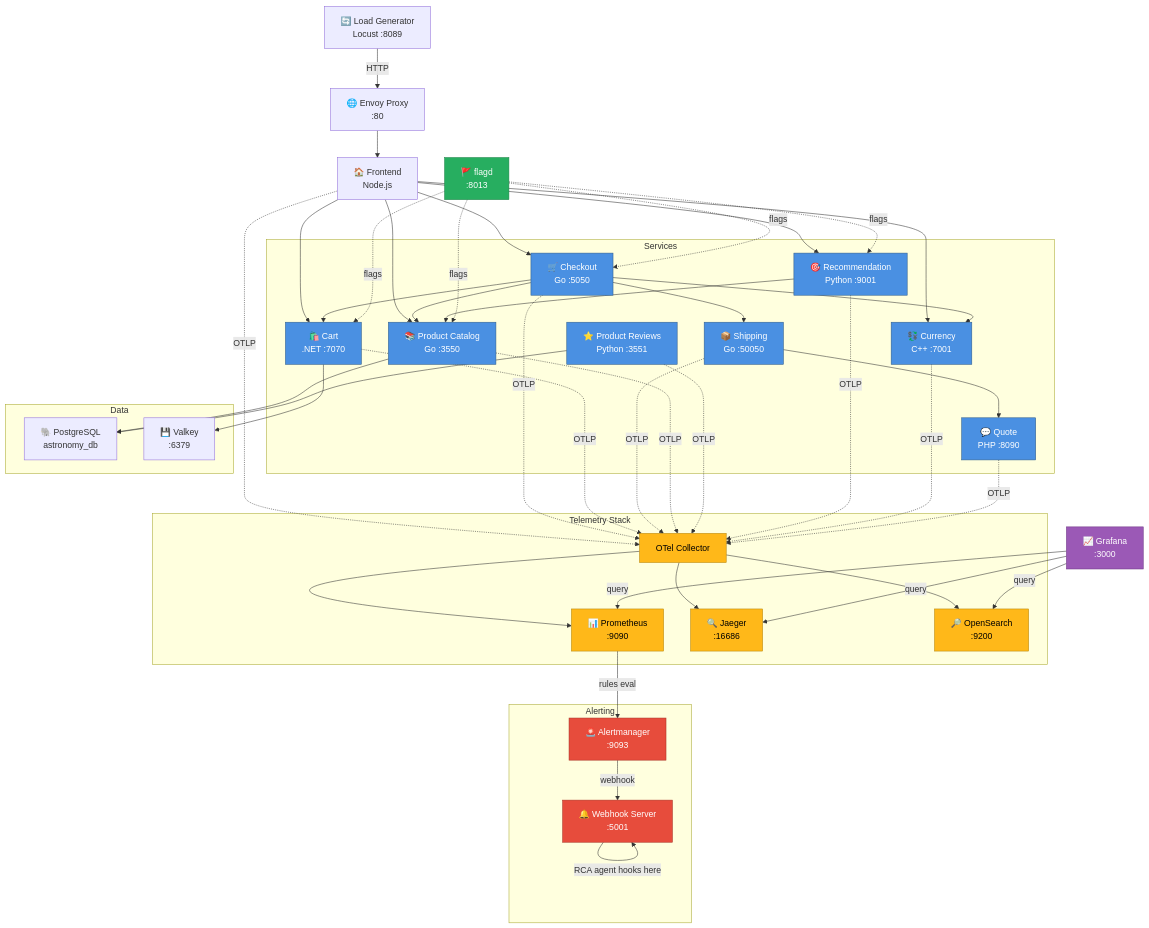
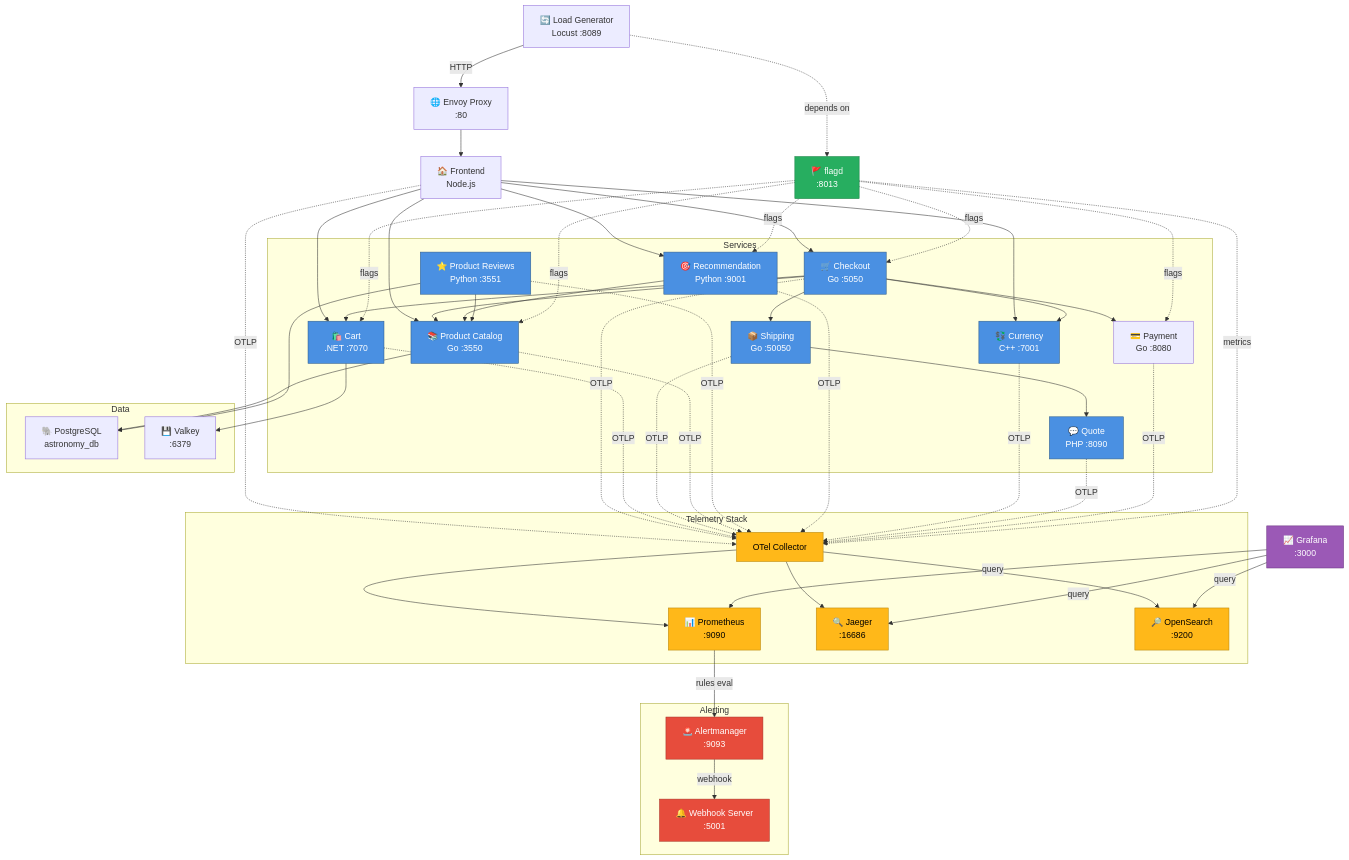
The diagram in docker-compose-minimal.md (soul-bits/opentelemetry-demo), drawn with Mermaid before and after one commit.

Commit message:
updated System Architecture

````diff
--- a/docker-compose-minimal.md
+++ b/docker-compose-minimal.md
@@ -5,78 +5,81 @@
 ```mermaid
 graph TB
     LG["🔄 Load Generator<br/>Locust :8089"]
     FP["🌐 Envoy Proxy<br/>:80"]
     FE["🏠 Frontend<br/>Node.js"]
     FLAGD["🚩 flagd<br/>:8013"]
 
     subgraph "Services"
         S1["🛒 Checkout<br/>Go :5050"]
         S2["🛍️ Cart<br/>.NET :7070"]
         S3["📦 Shipping<br/>Go :50050"]
         S4["📚 Product Catalog<br/>Go :3550"]
         S5["⭐ Product Reviews<br/>Python :3551"]
         S6["🎯 Recommendation<br/>Python :9001"]
         S7["💱 Currency<br/>C++ :7001"]
         S8["💬 Quote<br/>PHP :8090"]
+        S9["💳 Payment<br/>Go :8080"]
     end
 
     subgraph "Data"
         DB["🐘 PostgreSQL<br/>astronomy_db"]
         CACHE["💾 Valkey<br/>:6379"]
     end
 
     subgraph "Telemetry Stack"
         OTEL["OTel Collector"]
         PROM["📊 Prometheus<br/>:9090"]
         JAEG["🔍 Jaeger<br/>:16686"]
         OS["🔎 OpenSearch<br/>:9200"]
     end
 
     subgraph "Alerting"
         AM["🚨 Alertmanager<br/>:9093"]
         WH["🔔 Webhook Server<br/>:5001"]
     end
 
     GRAF["📈 Grafana<br/>:3000"]
 
     %% Request flow
     LG -->|HTTP| FP
     FP --> FE
     FE --> S1 & S2 & S4 & S6 & S7
-    S1 --> S2 & S4 & S3 & S7
+    S1 --> S2 & S4 & S3 & S7 & S9
     S3 --> S8
     S6 --> S4
+    S5 --> S4
 
     %% Feature flags
-    FLAGD -.->|flags| S1 & S2 & S4 & S6
+    FLAGD -.->|flags| S1 & S2 & S4 & S6 & S9
+    LG -.->|depends on| FLAGD
 
     %% Data layer
     S4 --> DB
     S5 --> DB
     S2 --> CACHE
 
     %% Telemetry signals
-    FE & S1 & S2 & S3 & S4 & S5 & S6 & S7 & S8 -.->|OTLP| OTEL
+    FE & S1 & S2 & S3 & S4 & S5 & S6 & S7 & S8 & S9 -.->|OTLP| OTEL
+    FLAGD -.->|metrics| OTEL
     OTEL --> PROM & JAEG & OS
 
     %% Alerting flow
     PROM -->|rules eval| AM
     AM -->|webhook| WH
-    WH -->|RCA agent hooks here| WH
 
     %% Visualization
     GRAF -->|query| PROM & JAEG & OS
 
     %% Styling
     classDef service fill:#4A90E2,stroke:#2E5C8A,color:#fff
     classDef telemetry fill:#FFB819,stroke:#B8860B,color:#000
     classDef alert fill:#E74C3C,stroke:#A93226,color:#fff
     classDef viz fill:#9B59B6,stroke:#6C3483,color:#fff
     classDef flag fill:#27AE60,stroke:#1E8449,color:#fff
 
     class S1,S2,S3,S4,S5,S6,S7,S8 service
     class OTEL,PROM,JAEG,OS telemetry
     class AM,WH alert
     class GRAF viz
     class FLAGD flag
 ```
````
